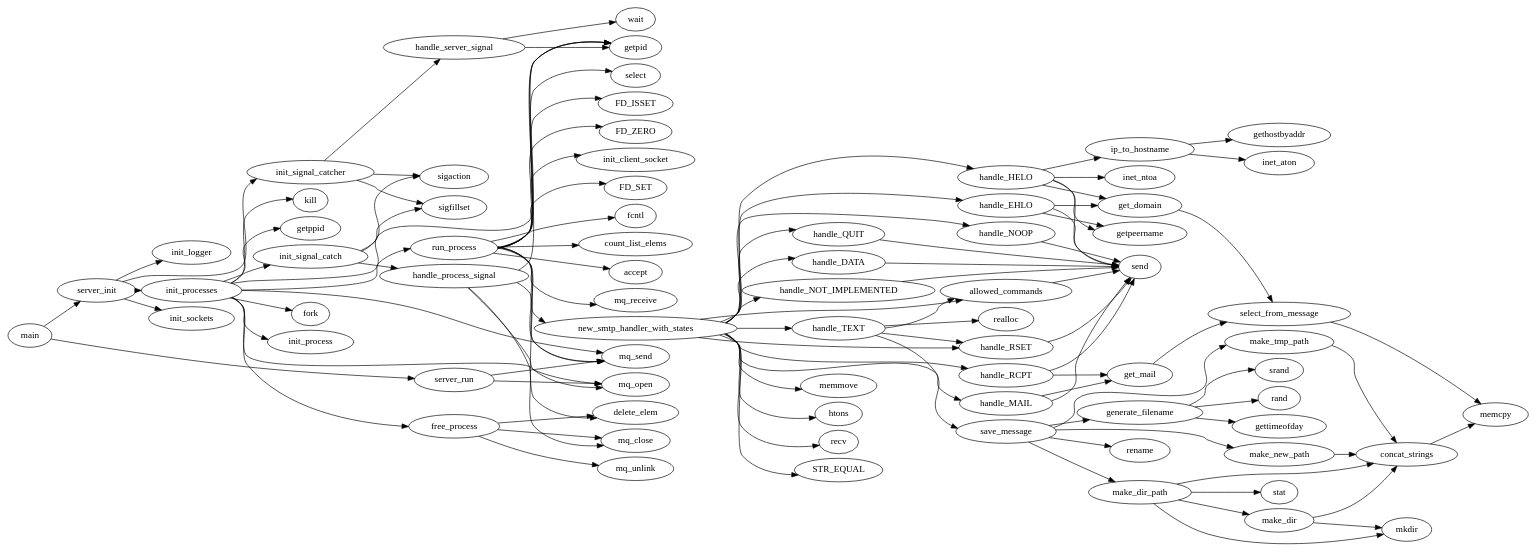
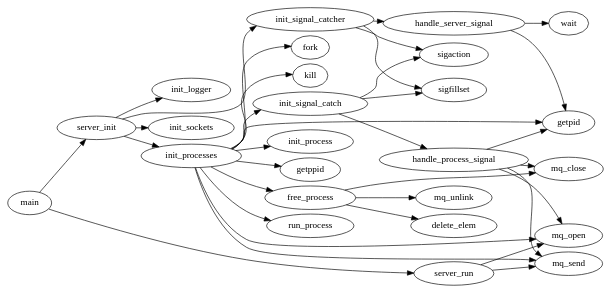
One commit to BorodinDmitriy/bmstu-smtp changed the diagram in report/dot/scflow01.dot. Above: the diagram before and after it, drawn with Graphviz. The commit also changed 15 other files, not shown here.

```diff
--- a/report/dot/scflow01.dot
+++ b/report/dot/scflow01.dot
@@ -1,109 +1,37 @@
 digraph map {
 rankdir=LR;
 ranksep=0.1; nodesep=0.1; defaultdist = 0.1; len = 0.1;
 init_processes->init_signal_catch;
+handle_server_signal->getpid;
 init_processes->mq_open;
-run_process->mq_send;
-handle_MAIL->get_mail;
-run_process->count_list_elems;
+init_processes->init_process;
+init_signal_catch->handle_process_signal;
+init_processes->getppid;
+free_process->delete_elem;
+handle_server_signal->wait;
+init_signal_catch->sigaction;
+server_init->init_sockets;
+init_processes->free_process;
+init_processes->run_process;
+init_signal_catcher->handle_server_signal;
+server_init->init_logger;
+init_signal_catcher->sigfillset;
+handle_process_signal->mq_send;
+init_processes->fork;
+main->server_init;
 free_process->mq_unlink;
-get_mail->select_from_message;
-handle_HELO->getpeername;
-server_init->init_sockets;
-make_dir_path->stat;
-concat_strings->memcpy;
-init_signal_catch->sigaction;
-handle_EHLO->get_domain;
-run_process->accept;
-handle_MAIL->send;
-save_message->make_tmp_path;
-run_process->delete_elem;
-init_signal_catcher->handle_server_signal;
-handle_RCPT->get_mail;
-run_process->mq_receive;
-handle_HELO->ip_to_hostname;
-init_processes->fork;
-new_smtp_handler_with_states->handle_RCPT;
-run_process->select;
+server_init->init_processes;
+handle_process_signal->mq_open;
+server_run->mq_send;
 init_processes->getpid;
+server_run->mq_open;
+init_signal_catch->sigfillset;
 init_processes->mq_send;
 handle_process_signal->getpid;
+init_processes->kill;
+server_init->init_signal_catcher;
 free_process->mq_close;
 main->server_run;
-generate_filename->rand;
-handle_EHLO->send;
-init_processes->init_process;
-ip_to_hostname->gethostbyaddr;
-save_message->rename;
-handle_TEXT->handle_RSET;
-free_process->delete_elem;
-handle_TEXT->save_message;
-handle_NOOP->send;
-handle_TEXT->allowed_commands;
-handle_HELO->get_domain;
-handle_HELO->inet_ntoa;
-init_signal_catcher->sigfillset;
-get_domain->select_from_message;
-run_process->getpid;
-make_dir->mkdir;
-server_init->init_logger;
-run_process->FD_ISSET;
-server_run->mq_open;
-server_run->mq_send;
-new_smtp_handler_with_states->handle_TEXT;
-handle_EHLO->getpeername;
-generate_filename->gettimeofday;
-handle_server_signal->getpid;
-new_smtp_handler_with_states->handle_RSET;
-handle_QUIT->send;
-run_process->FD_ZERO;
-new_smtp_handler_with_states->memmove;
 init_signal_catcher->sigaction;
-run_process->new_smtp_handler_with_states;
 handle_process_signal->mq_close;
-handle_RCPT->send;
-init_signal_catch->handle_process_signal;
-new_smtp_handler_with_states->htons;
-new_smtp_handler_with_states->handle_NOOP;
-run_process->init_client_socket;
-ip_to_hostname->inet_aton;
-new_smtp_handler_with_states->handle_DATA;
-save_message->make_new_path;
-init_processes->run_process;
-make_dir->concat_strings;
-handle_DATA->send;
-new_smtp_handler_with_states->handle_MAIL;
-new_smtp_handler_with_states->recv;
-main->server_init;
-run_process->FD_SET;
-server_init->init_processes;
-handle_process_signal->mq_open;
-handle_HELO->send;
-new_smtp_handler_with_states->handle_QUIT;
-init_signal_catch->sigfillset;
-init_processes->kill;
-handle_NOT_IMPLEMENTED->send;
-save_message->generate_filename;
-save_message->make_dir_path;
-new_smtp_handler_with_states->STR_EQUAL;
-make_tmp_path->concat_strings;
-make_dir_path->concat_strings;
-allowed_commands->send;
-new_smtp_handler_with_states->allowed_commands;
-new_smtp_handler_with_states->handle_EHLO;
-handle_server_signal->wait;
-server_init->init_signal_catcher;
-init_processes->getppid;
-run_process->fcntl;
-handle_TEXT->realloc;
-handle_process_signal->mq_send;
-generate_filename->srand;
-make_new_path->concat_strings;
-init_processes->free_process;
-handle_RSET->send;
-new_smtp_handler_with_states->handle_HELO;
-new_smtp_handler_with_states->handle_NOT_IMPLEMENTED;
-make_dir_path->mkdir;
-make_dir_path->make_dir;
-select_from_message->memcpy;
 }
```
